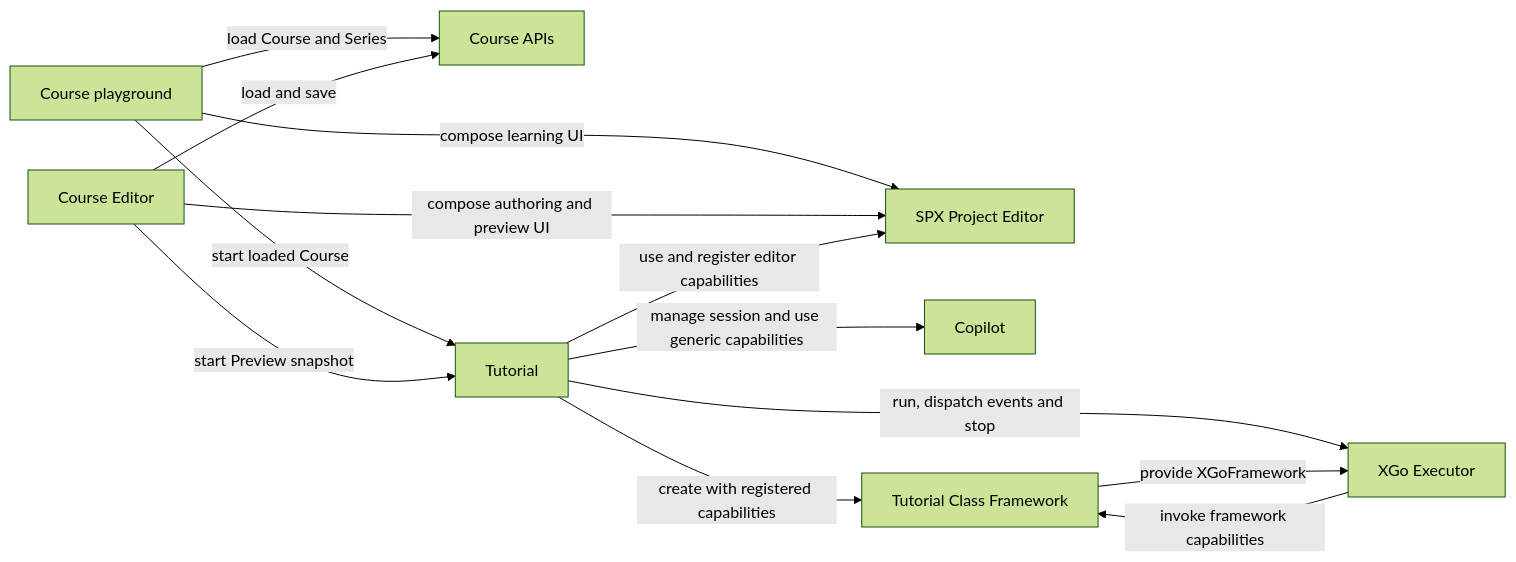
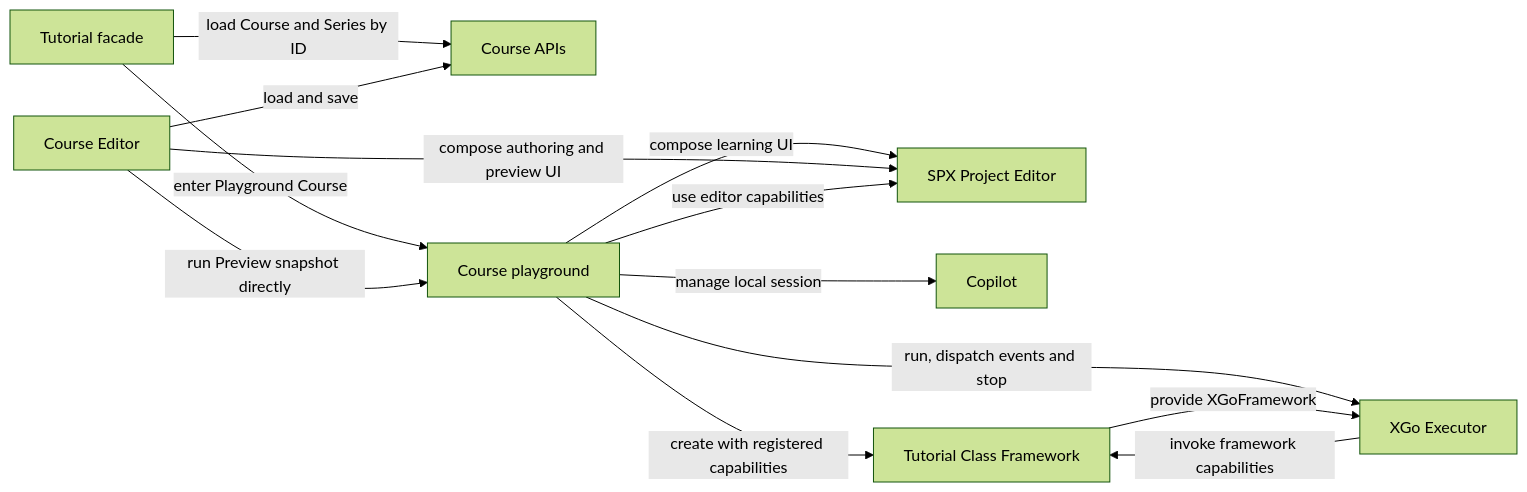
The diagram in docs/develop/tutorial-v2/index.md (nighca/goplus-builder), drawn with Mermaid (forest theme) before and after one commit. The commit also changed other lines of this file and 18 other files, not shown here.

````diff
--- a/docs/develop/tutorial-v2/index.md
+++ b/docs/develop/tutorial-v2/index.md
@@ -98,18 +98,18 @@
 ```mermaid
 flowchart LR
-    CoursePlayground["Course playground"] -->|load Course and Series| CourseApis["Course APIs"]
+    Tutorial["Tutorial facade"] -->|load Course and Series by ID| CourseApis["Course APIs"]
+    Tutorial -->|enter Playground Course| CoursePlayground["Course playground"]
     CoursePlayground -->|compose learning UI| ProjectEditor["SPX Project Editor"]
-    CoursePlayground -->|start loaded Course| Tutorial
 
     CourseEditor["Course Editor"] -->|load and save| CourseApis
     CourseEditor -->|compose authoring and preview UI| ProjectEditor
-    CourseEditor -->|start Preview snapshot| Tutorial
+    CourseEditor -->|run Preview snapshot directly| CoursePlayground
 
-    Tutorial -->|use and register editor capabilities| ProjectEditor
-    Tutorial -->|manage session and use generic capabilities| Copilot
-    Tutorial -->|create with registered capabilities| Framework["Tutorial Class Framework"]
-    Tutorial -->|run, dispatch events and stop| Executor["XGo Executor"]
+    CoursePlayground -->|use editor capabilities| ProjectEditor
+    CoursePlayground -->|manage local session| Copilot
+    CoursePlayground -->|create with registered capabilities| Framework["Tutorial Class Framework"]
+    CoursePlayground -->|run, dispatch events and stop| Executor["XGo Executor"]
 
     Framework -->|provide XGoFramework| Executor
     Executor -->|invoke framework capabilities| Framework
 ```
````
